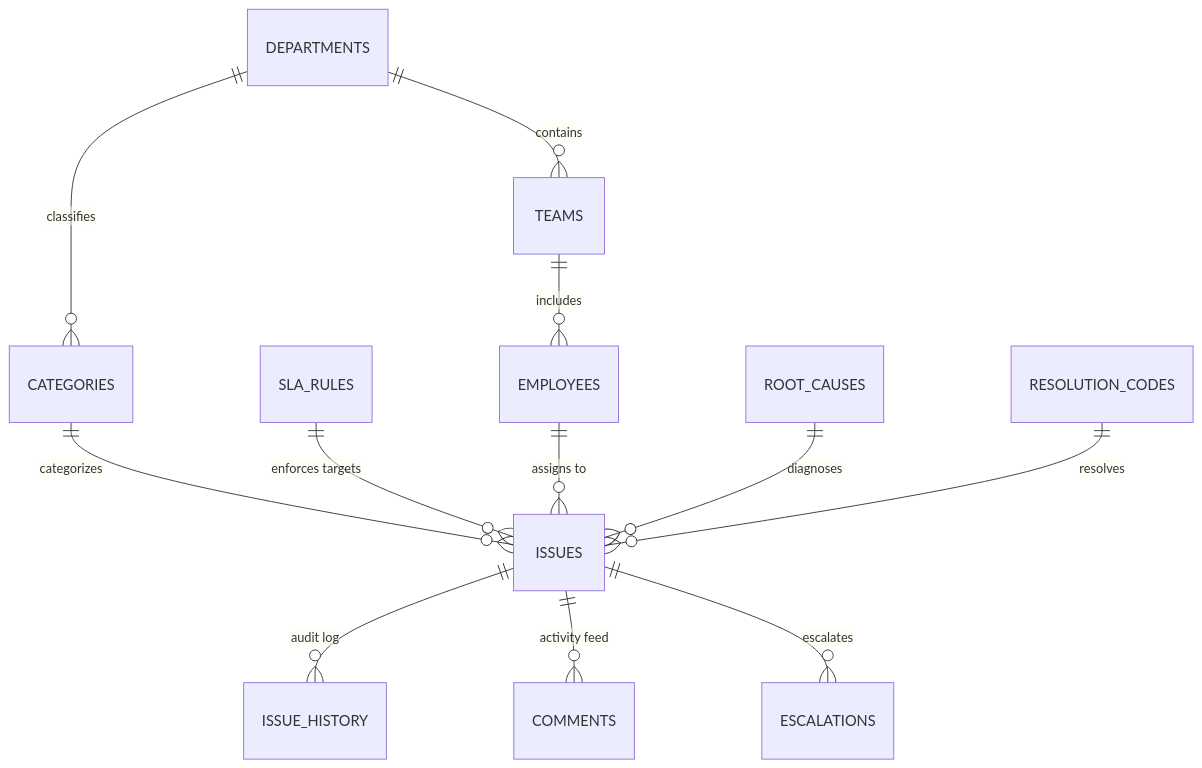
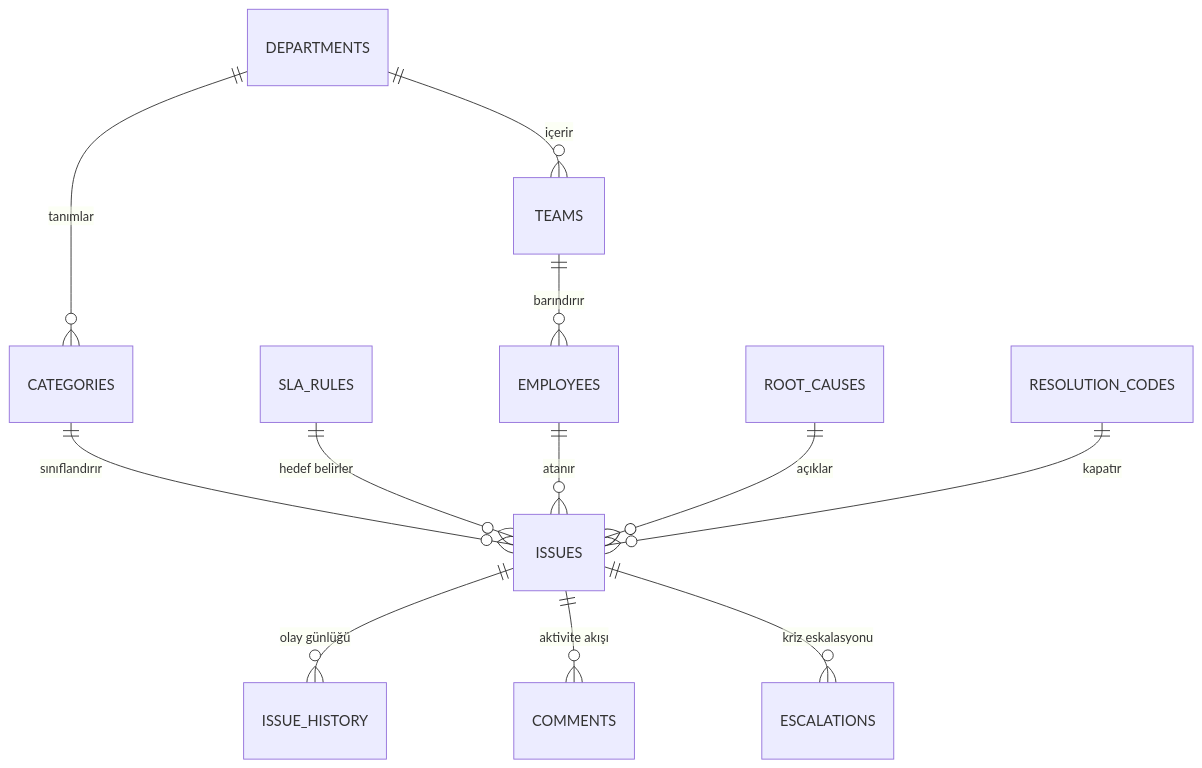
Before and after one commit to efehakanyildiz/opsinsight-power-platform: the second of 2 diagrams in README.md, drawn with Mermaid. The commit also changed other lines of this file and 1 other file, not shown here.

````diff
--- a/README.md
+++ b/README.md
@@ -82,14 +82,14 @@
 ```mermaid
 erDiagram
-    DEPARTMENTS ||--o{ TEAMS : contains
-    DEPARTMENTS ||--o{ CATEGORIES : classifies
-    TEAMS ||--o{ EMPLOYEES : includes
-    CATEGORIES ||--o{ ISSUES : categorizes
-    SLA_RULES ||--o{ ISSUES : "enforces targets"
-    EMPLOYEES ||--o{ ISSUES : "assigns to"
-    ROOT_CAUSES ||--o{ ISSUES : diagnoses
-    RESOLUTION_CODES ||--o{ ISSUES : resolves
-    ISSUES ||--o{ ISSUE_HISTORY : "audit log"
-    ISSUES ||--o{ COMMENTS : "activity feed"
-    ISSUES ||--o{ ESCALATIONS : escalates
+    DEPARTMENTS ||--o{ TEAMS : içerir
+    DEPARTMENTS ||--o{ CATEGORIES : tanımlar
+    TEAMS ||--o{ EMPLOYEES : barındırır
+    CATEGORIES ||--o{ ISSUES : sınıflandırır
+    SLA_RULES ||--o{ ISSUES : "hedef belirler"
+    EMPLOYEES ||--o{ ISSUES : "atanır"
+    ROOT_CAUSES ||--o{ ISSUES : açıklar
+    RESOLUTION_CODES ||--o{ ISSUES : kapatır
+    ISSUES ||--o{ ISSUE_HISTORY : "olay günlüğü"
+    ISSUES ||--o{ COMMENTS : "aktivite akışı"
+    ISSUES ||--o{ ESCALATIONS : "kriz eskalasyonu"
 ```
````
